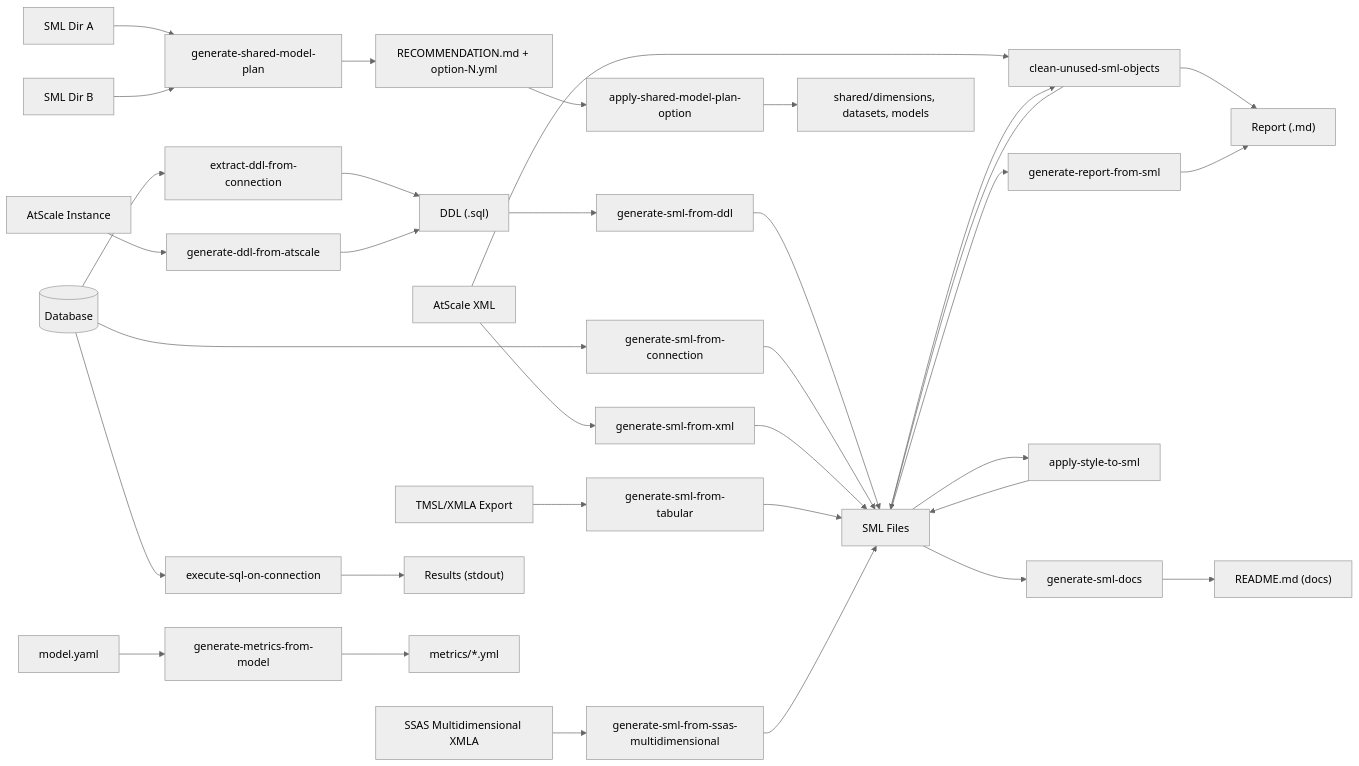
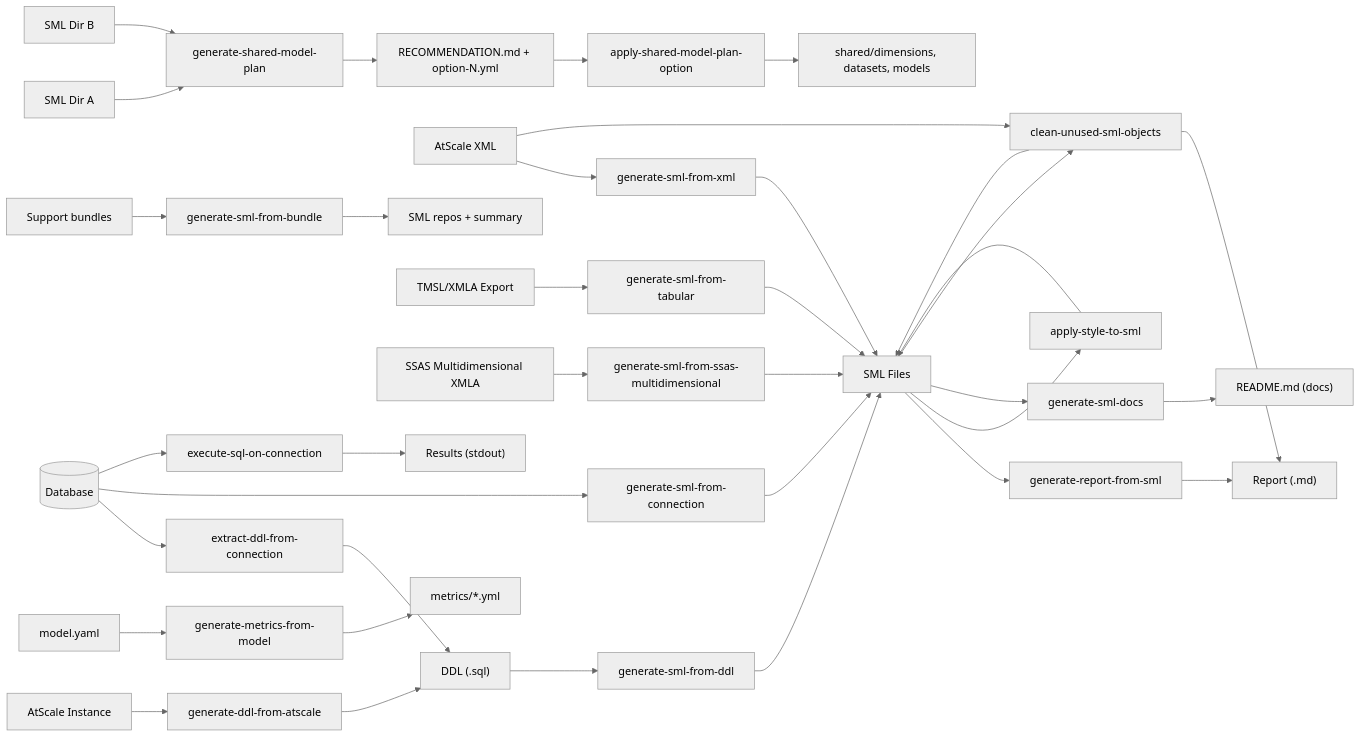
The second of 9 diagrams in README.md (AtScaleInc/ps-utils), drawn with Mermaid (neutral theme) before and after one commit. The commit also changed other lines of this file and 14 other files, not shown here.

````diff
--- a/README.md
+++ b/README.md
@@ -34,20 +34,21 @@
 ```mermaid
 flowchart LR
     DB[("Database")] --> A["extract-ddl-from-connection"] --> DDL["DDL (.sql)"]
     ATS["AtScale Instance"] --> B["generate-ddl-from-atscale"] --> DDL
     DDL --> C["generate-sml-from-ddl"] --> SML["SML Files"]
     DB --> D["generate-sml-from-connection"] --> SML
     XML["AtScale XML"] --> G["generate-sml-from-xml"] --> SML
+    BUNDLE["Support bundles"] --> GB["generate-sml-from-bundle"] --> SMLB["SML repos + summary"]
     TMSL["TMSL/XMLA Export"] --> N["generate-sml-from-tabular"] --> SML
     SSASMD["SSAS Multidimensional XMLA"] --> O["generate-sml-from-ssas-multidimensional"] --> SML
     XML --> L["generate-report-from-xml"] --> RPT["Report (.md)"]
     SML --> M["generate-report-from-sml"] --> RPT
     SML2A["SML Dir A"] --> H["generate-shared-model-plan"] --> PLAN["RECOMMENDATION.md + option-N.yml"]
     SML2B["SML Dir B"] --> H
     PLAN --> I["apply-shared-model-plan-option"] --> SHARED["shared/dimensions, datasets, models"]
     DB --> E["execute-sql-on-connection"] --> OUT["Results (stdout)"]
     MODEL["model.yaml"] --> F["generate-metrics-from-model"] --> METRICS["metrics/*.yml"]
     SML --> J["apply-style-to-sml"] --> SML
     SML --> K["generate-sml-docs"] --> DOCS["README.md (docs)"]
     SML --> L["clean-unused-sml-objects"] --> SML
 ```
````
